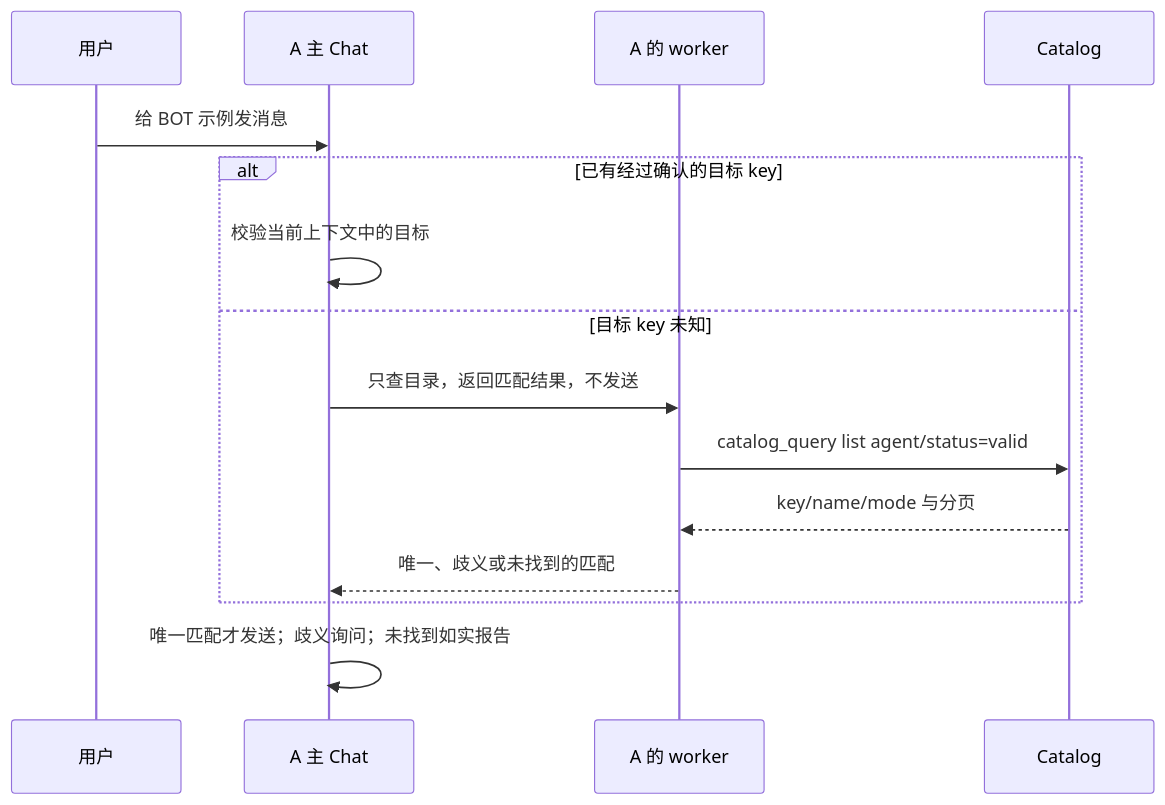
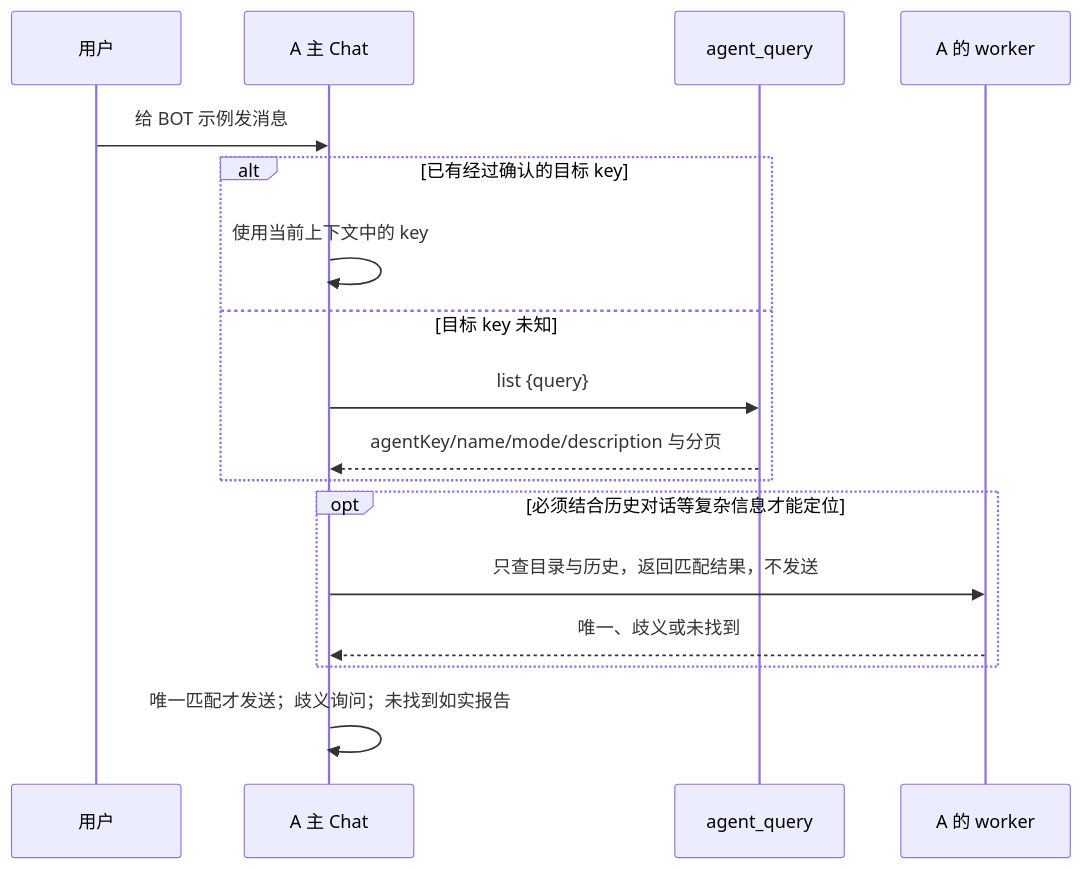
Before and after one commit to niu310803/agent-platform: the first of 2 diagrams in plans/bot-end-to-end-review.md, drawn with Mermaid. The commit also changed other lines of this file and 1 other file, not shown here.

````diff
--- a/plans/bot-end-to-end-review.md
+++ b/plans/bot-end-to-end-review.md
@@ -95,17 +102,19 @@
 ```mermaid
 sequenceDiagram
     participant U as 用户
     participant A as A 主 Chat
+    participant Q as agent_query
     participant W as A 的 worker
-    participant C as Catalog
     U->>A: 给 BOT 示例发消息
     alt 已有经过确认的目标 key
-        A->>A: 校验当前上下文中的目标
+        A->>A: 使用当前上下文中的 key
     else 目标 key 未知
-        A->>W: 只查目录，返回匹配结果，不发送
-        W->>C: catalog_query list agent/status=valid
-        C-->>W: key/name/mode 与分页
-        W-->>A: 唯一、歧义或未找到的匹配
+        A->>Q: list {query}
+        Q-->>A: agentKey/name/mode/description 与分页
+    end
+    opt 必须结合历史对话等复杂信息才能定位
+        A->>W: 只查目录与历史，返回匹配结果，不发送
+        W-->>A: 唯一、歧义或未找到
     end
     A->>A: 唯一匹配才发送；歧义询问；未找到如实报告
 ```
````
